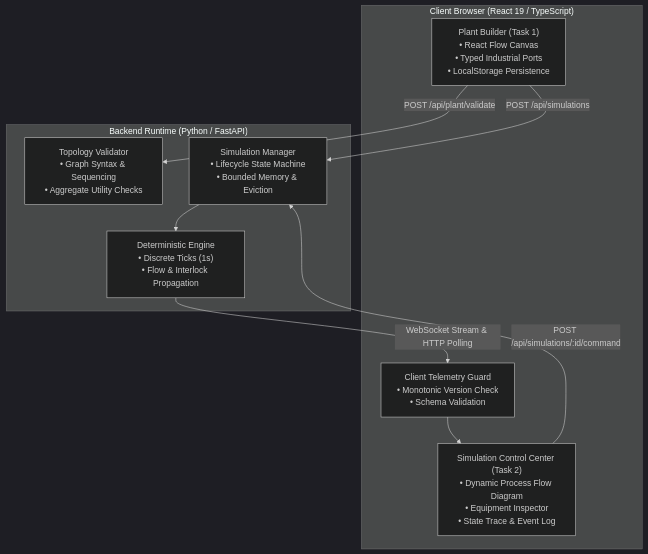
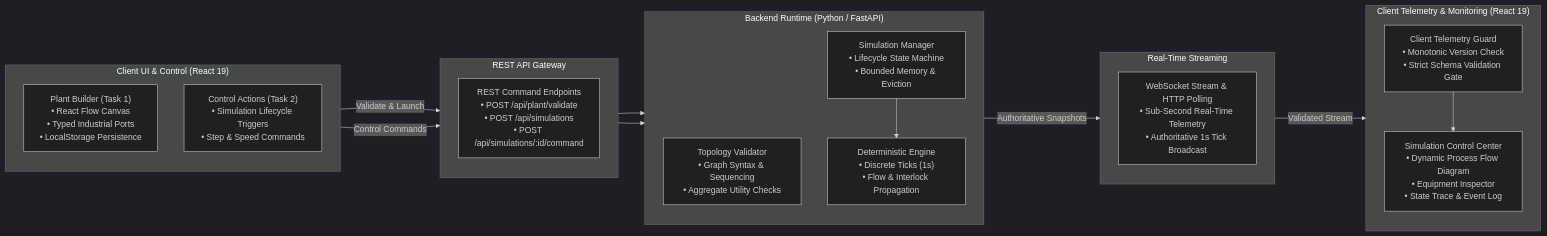
The diagram in docs-site/getting-started/introduction.md (prabhasb06/steelsim), drawn with Mermaid (dark theme) before and after one commit. The commit also changed 1 other file, not shown here.

Commit message:
fix(docs): resolve Mermaid diagram overlap around WebSocket stream and POST endpoints

```diff
--- a/docs-site/getting-started/introduction.md
+++ b/docs-site/getting-started/introduction.md
@@ -22,21 +22,42 @@
 <pre class="mermaid">
-graph TB
-    subgraph Client ["Client Browser (React 19 / TypeScript)"]
+flowchart LR
+    subgraph UI ["Client UI & Control (React 19)"]
+        direction TB
         Builder["Plant Builder (Task 1)<br/>• React Flow Canvas<br/>• Typed Industrial Ports<br/>• LocalStorage Persistence"]
-        ControlCenter["Simulation Control Center (Task 2)<br/>• Dynamic Process Flow Diagram<br/>• Equipment Inspector<br/>• State Trace & Event Log"]
-        Guard["Client Telemetry Guard<br/>• Monotonic Version Check<br/>• Schema Validation"]
+        Control["Control Actions (Task 2)<br/>• Simulation Lifecycle Triggers<br/>• Step & Speed Commands"]
+    end
+
+    subgraph API ["REST API Gateway"]
+        direction TB
+        CmdGate["REST Command Endpoints<br/>• POST /api/plant/validate<br/>• POST /api/simulations<br/>• POST /api/simulations/:id/command"]
     end
 
     subgraph Backend ["Backend Runtime (Python / FastAPI)"]
+        direction TB
         Validator["Topology Validator<br/>• Graph Syntax & Sequencing<br/>• Aggregate Utility Checks"]
         SimManager["Simulation Manager<br/>• Lifecycle State Machine<br/>• Bounded Memory & Eviction"]
         Engine["Deterministic Engine<br/>• Discrete Ticks (1s)<br/>• Flow & Interlock Propagation"]
     end
 
-    Builder -->|POST /api/plant/validate| Validator
-    Builder -->|POST /api/simulations| SimManager
-    ControlCenter -->|POST /api/simulations/:id/command| SimManager
+    subgraph Stream ["Real-Time Streaming"]
+        direction TB
+        PollStream["WebSocket Stream & HTTP Polling<br/>• Sub-Second Real-Time Telemetry<br/>• Authoritative 1s Tick Broadcast"]
+    end
+
+    subgraph Monitoring ["Client Telemetry & Monitoring (React 19)"]
+        direction TB
+        Guard["Client Telemetry Guard<br/>• Monotonic Version Check<br/>• Strict Schema Validation Gate"]
+        Inspector["Simulation Control Center<br/>• Dynamic Process Flow Diagram<br/>• Equipment Inspector<br/>• State Trace & Event Log"]
+    end
+
+    Builder -->|Validate & Launch| CmdGate
+    Control -->|Control Commands| CmdGate
+
+    CmdGate --> Validator
+    CmdGate --> SimManager
     SimManager --> Engine
-    Engine -->|WebSocket Stream & HTTP Polling| Guard
-    Guard --> ControlCenter
+
+    Engine -->|Authoritative Snapshots| PollStream
+    PollStream -->|Validated Stream| Guard
+    Guard --> Inspector
 </pre>
```
